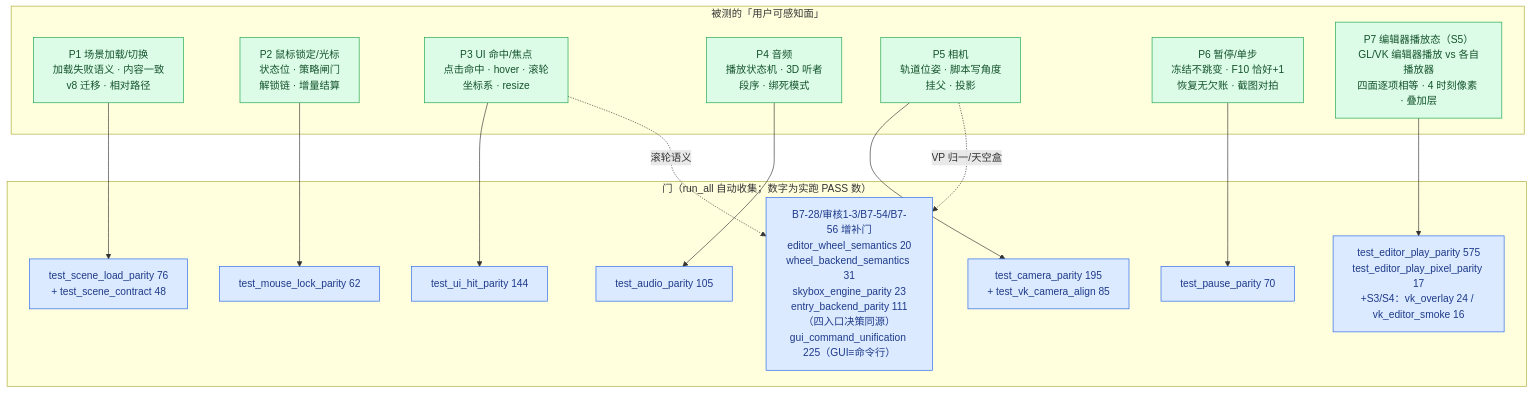
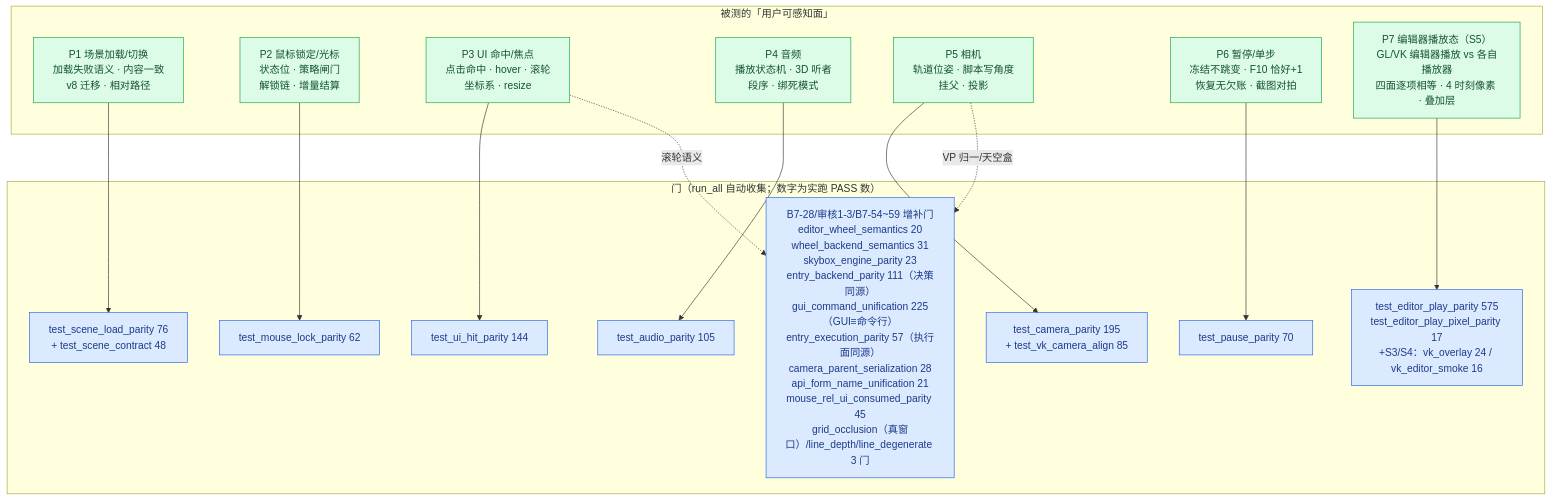
Diagram 22 of 23 in ARCHITECTURE.md (lhy302/WeaveEngine), drawn with Mermaid before and after one commit. The commit also changed other lines of this file, not shown here.

Commit message:
B7-55~59 架构图同步：23 图按实况刷新（HEAD 01ca8a9；168 .py/63431 行；+7 门 + test_hub_update 106；run_all ~170 文件/6341 PASS/0 FAIL）

````diff
--- a/ARCHITECTURE.md
+++ b/ARCHITECTURE.md
@@ -1222,33 +1251,33 @@
 ```mermaid
 flowchart TB
   subgraph FACES["被测的「用户可感知面」"]
     F1["P1 场景加载/切换<br/>加载失败语义 · 内容一致<br/>v8 迁移 · 相对路径"]:::ok
     F2["P2 鼠标锁定/光标<br/>状态位 · 策略闸门<br/>解锁链 · 增量结算"]:::ok
     F3["P3 UI 命中/焦点<br/>点击命中 · hover · 滚轮<br/>坐标系 · resize"]:::ok
     F4["P4 音频<br/>播放状态机 · 3D 听者<br/>段序 · 绑死模式"]:::ok
     F5["P5 相机<br/>轨道位姿 · 脚本写角度<br/>挂父 · 投影"]:::ok
     F6["P6 暂停/单步<br/>冻结不跳变 · F10 恰好+1<br/>恢复无欠账 · 截图对拍"]:::ok
     F7["P7 编辑器播放态（S5）<br/>GL/VK 编辑器播放 vs 各自播放器<br/>四面逐项相等 · 4 时刻像素 · 叠加层"]:::ok
   end
   subgraph GATES["门（run_all 自动收集；数字为实跑 PASS 数）"]
     G1["test_scene_load_parity 76<br/>+ test_scene_contract 48"]:::gate
     G2["test_mouse_lock_parity 62"]:::gate
     G3["test_ui_hit_parity 144"]:::gate
     G4["test_audio_parity 105"]:::gate
     G5["test_camera_parity 195<br/>+ test_vk_camera_align 85"]:::gate
     G6["test_pause_parity 70"]:::gate
     G7["test_editor_play_parity 575<br/>test_editor_play_pixel_parity 17<br/>+S3/S4：vk_overlay 24 / vk_editor_smoke 16"]:::gate
-    G8["B7-28/审核1-3/B7-54/B7-56 增补门<br/>editor_wheel_semantics 20<br/>wheel_backend_semantics 31<br/>skybox_engine_parity 23<br/>entry_backend_parity 111（四入口决策同源）<br/>gui_command_unification 225（GUI≡命令行）"]:::gate
+    G8["B7-28/审核1-3/B7-54~59 增补门<br/>editor_wheel_semantics 20<br/>wheel_backend_semantics 31<br/>skybox_engine_parity 23<br/>entry_backend_parity 111（决策同源）<br/>gui_command_unification 225（GUI≡命令行）<br/>entry_execution_parity 57（执行面同源）<br/>camera_parent_serialization 28<br/>api_form_name_unification 21<br/>mouse_rel_ui_consumed_parity 45<br/>grid_occlusion（真窗口）/line_depth/line_degenerate 3 门"]:::gate
   end
   F1 --> G1
   F2 --> G2
   F3 --> G3
   F3 -.->|滚轮语义| G8
   F4 --> G4
   F5 --> G5
   F5 -.->|VP 归一/天空盒| G8
   F6 --> G6
   F7 --> G7
   classDef ok fill:#dcfce7,stroke:#16a34a,color:#14532d
   classDef gate fill:#dbeafe,stroke:#2563eb,color:#1e3a8a
 ```
````
